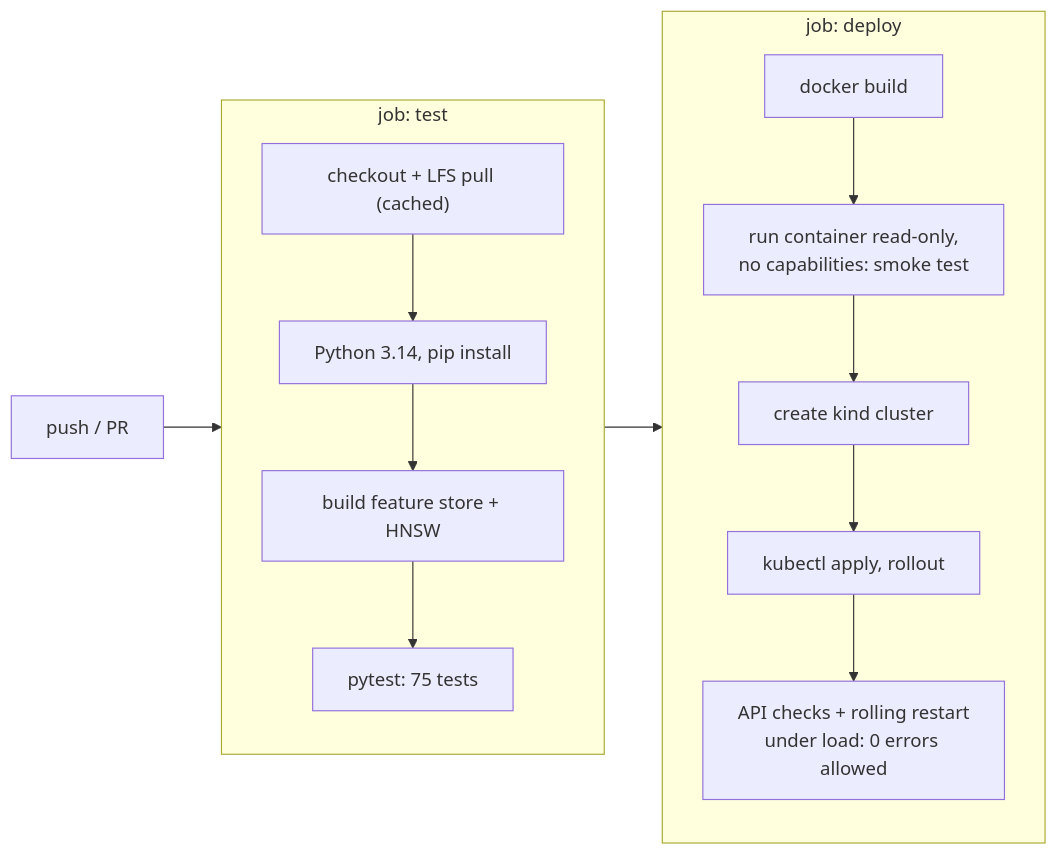
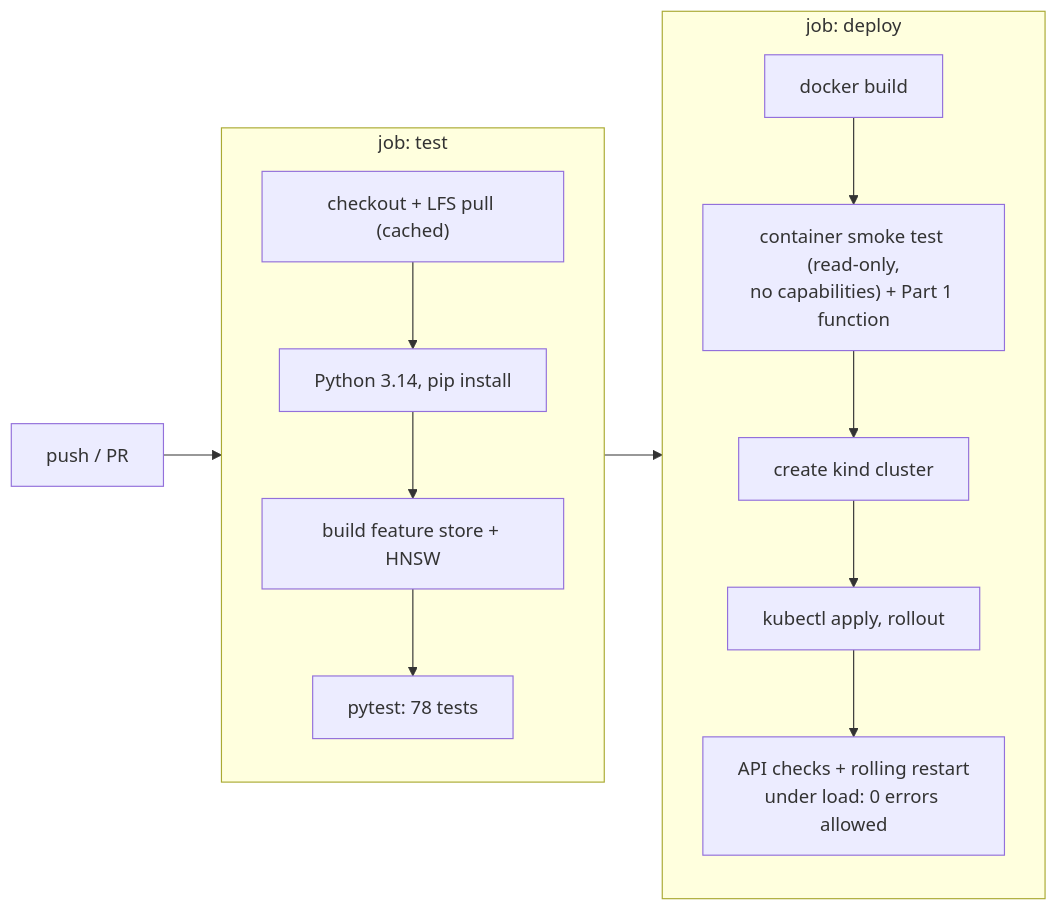
Before and after one commit to FairosMirza/sap-cxii-tech-ex-01_base: the third of 3 diagrams in docs/REPORT.md, drawn with Mermaid. The commit also changed other lines of this file and 10 other files, not shown here.

````diff
--- a/docs/REPORT.md
+++ b/docs/REPORT.md
@@ -134,13 +134,13 @@
 ```mermaid
 flowchart LR
   P["push / PR"] --> T
   subgraph T["job: test"]
     direction TB
-    T1["checkout + LFS pull (cached)"] --> T2["Python 3.14, pip install"] --> T3["build feature store + HNSW"] --> T4["pytest: 75 tests"]
+    T1["checkout + LFS pull (cached)"] --> T2["Python 3.14, pip install"] --> T3["build feature store + HNSW"] --> T4["pytest: 78 tests"]
   end
   T --> D
   subgraph D["job: deploy"]
     direction TB
-    D1["docker build"] --> D2["run container read-only,<br/>no capabilities: smoke test"] --> D3["create kind cluster"] --> D4["kubectl apply, rollout"] --> D5["API checks + rolling restart<br/>under load: 0 errors allowed"]
+    D1["docker build"] --> D2["container smoke test (read-only,<br/>no capabilities) + Part 1 function"] --> D3["create kind cluster"] --> D4["kubectl apply, rollout"] --> D5["API checks + rolling restart<br/>under load: 0 errors allowed"]
   end
 ```
````
